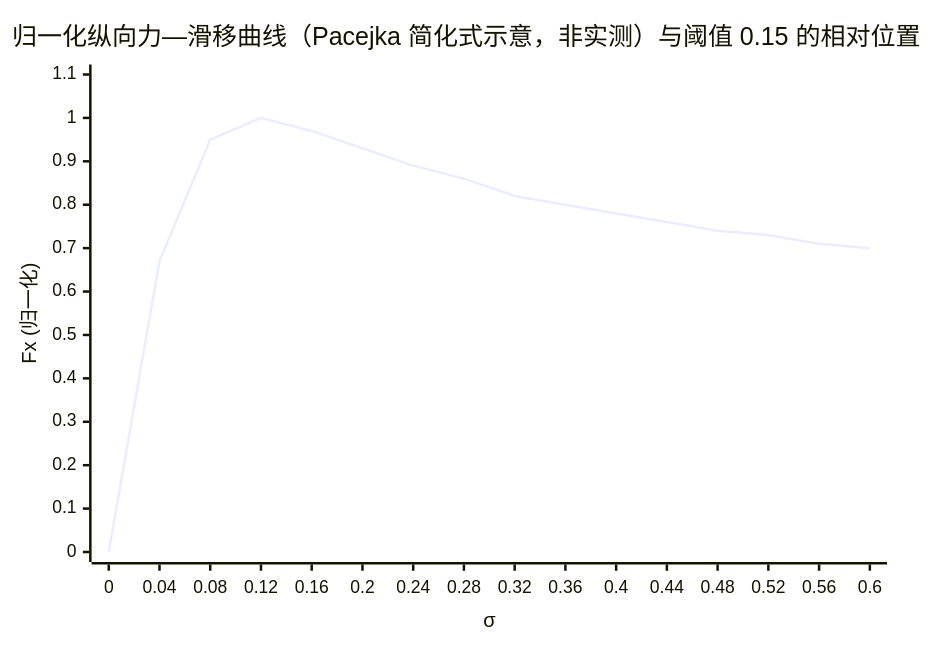
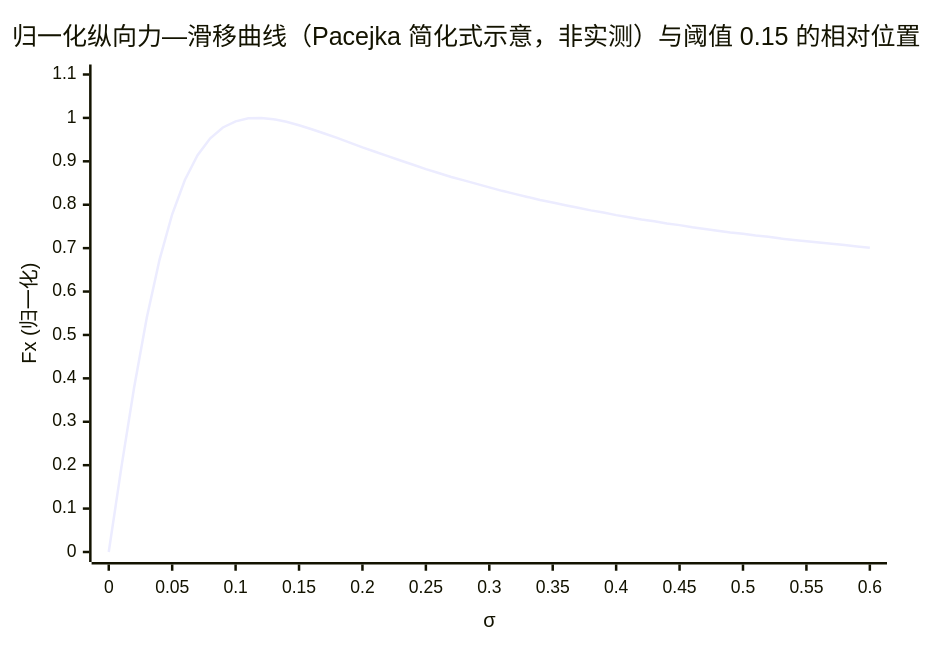
Before and after one commit to TakotsuboChen/ala-mobile-tool: diagram 12 of 15 in TECHNICAL_ANALYSIS.md, drawn with Mermaid. The commit also changed other lines of this file, not shown here.

````diff
--- a/TECHNICAL_ANALYSIS.md
+++ b/TECHNICAL_ANALYSIS.md
@@ -447,7 +447,7 @@
 ```mermaid
 xychart-beta
     title "归一化纵向力—滑移曲线（Pacejka 简化式示意，非实测）与阈值 0.15 的相对位置"
-    x-axis "σ" [0, 0.04, 0.08, 0.12, 0.16, 0.2, 0.24, 0.28, 0.32, 0.36, 0.4, 0.44, 0.48, 0.52, 0.56, 0.6]
+    x-axis "σ" 0 --> 0.6
     y-axis "Fx (归一化)" 0 --> 1.1
-    line [0.0, 0.67, 0.95, 1.0, 0.97, 0.93, 0.89, 0.86, 0.82, 0.8, 0.78, 0.76, 0.74, 0.73, 0.71, 0.7]
+    line [0.0, 0.196, 0.379, 0.54, 0.673, 0.778, 0.857, 0.914, 0.953, 0.978, 0.992, 0.999, 1.0, 0.997, 0.991, 0.983, 0.974, 0.964, 0.954, 0.943, 0.932, 0.922, 0.912, 0.902, 0.892, 0.882, 0.873, 0.864, 0.856, 0.848, 0.84, 0.832, 0.825, 0.818, 0.811, 0.805, 0.799, 0.793, 0.787, 0.782, 0.776, 0.771, 0.766, 0.762, 0.757, 0.753, 0.748, 0.744, 0.74, 0.736, 0.733, 0.729, 0.726, 0.722, 0.719, 0.716, 0.713, 0.71, 0.707, 0.704, 0.701]
 ```
````
